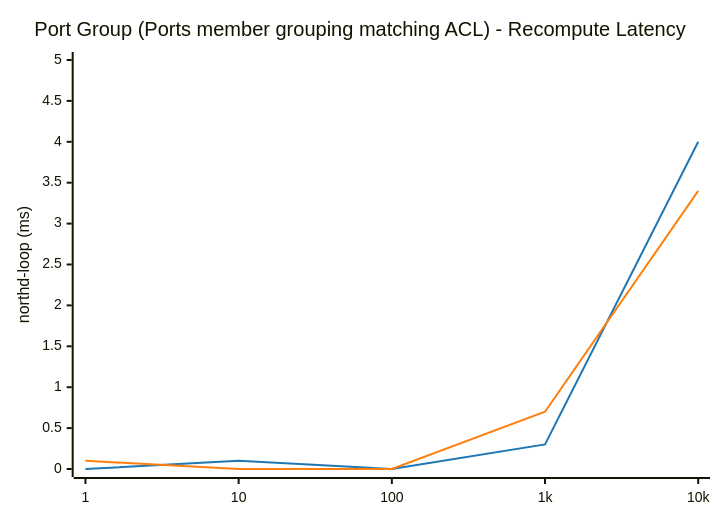
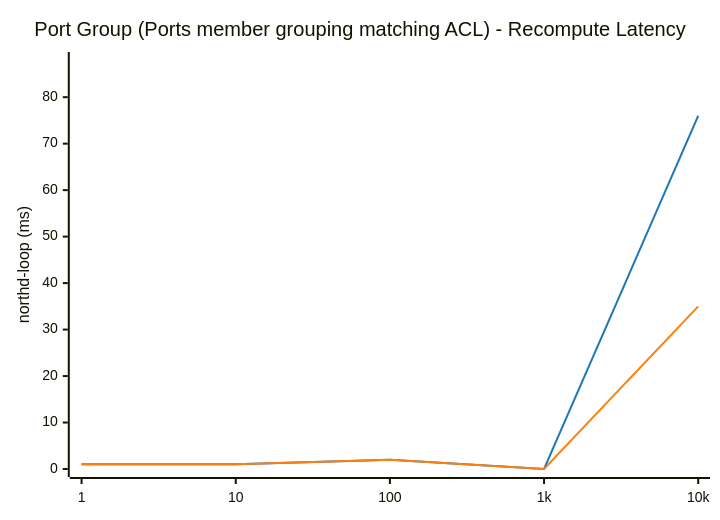
One commit to LionelJouin/ovs-ovn-bench changed the seventh of 14 diagrams in results/BENCHMARK_REPORT.md. Above: the diagram before and after it, drawn with Mermaid. The commit also changed other lines of this file and 4 other files, not shown here.

````diff
--- a/results/BENCHMARK_REPORT.md
+++ b/results/BENCHMARK_REPORT.md
@@ -485,14 +485,14 @@
 ```mermaid
 ---
 config:
     themeVariables:
         xyChart:
             plotColorPalette: "#1f77b4, #ff7f0e"
 ---
 xychart-beta
     title "Port Group (Ports member grouping matching ACL) - Recompute Latency"
     x-axis ["1", "10", "100", "1k", "10k"]
-    y-axis "northd-loop (ms)" 0 --> 5
-    line "glibc malloc" [0.0, 0.1, 0.0, 0.3, 4.0]
-    line "jemalloc" [0.1, 0.0, 0.0, 0.7, 3.4]
+    y-axis "northd-loop (ms)" 0 --> 88
+    line "glibc malloc" [1.0, 1.0, 2.0, 0.0, 76.0]
+    line "jemalloc" [1.0, 1.0, 2.0, 0.0, 35.0]
 ```
````
